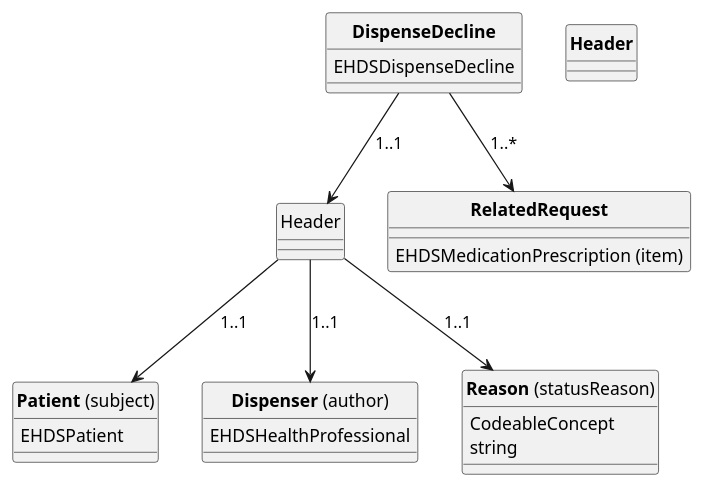
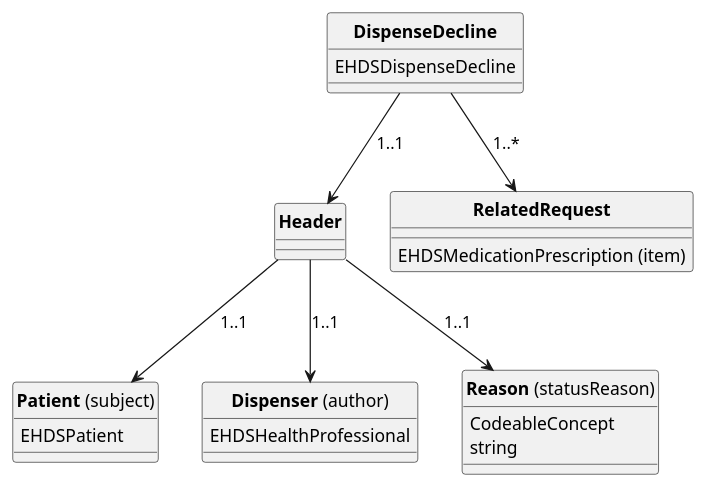
One commit to Xt-EHR/xt-ehr-common changed the diagram in input/images-source/dispenseDecline.plantuml. Above: the diagram before and after it, drawn with PlantUML. The commit also changed 1 other file, not shown here.

Commit message:
typos in diagrams

```diff
--- a/input/images-source/dispenseDecline.plantuml
+++ b/input/images-source/dispenseDecline.plantuml
@@ -1,44 +1,44 @@
 @startuml
 skinparam linetype polyline
 hide circle
 hide stereotype
 
 
 class "**DispenseDecline**" as eD{
   EHDSDispenseDecline
 
 }
 
 eD --> Header: "1..1"
 eD --> Item: "1..*"
 
-class "**Header**" as header{
+class "**Header**" as Header{
 
 }
 
 Header --> Patient: "1..1"
 Header --> Dispenser: "1..1"
 Header --> Reason: "1..1"
 
 class "**Dispenser** (author)" as Dispenser{
   EHDSHealthProfessional   
   
 }
 
 class "**Patient** (subject)" as Patient{
   EHDSPatient   
 
 }
 
 class "**Reason** (statusReason)" as Reason{
   CodeableConcept
   string
 
 }
 
 class "**RelatedRequest**" as Item{ 
   EHDSMedicationPrescription (item)
 }
 
 
 @enduml
```
